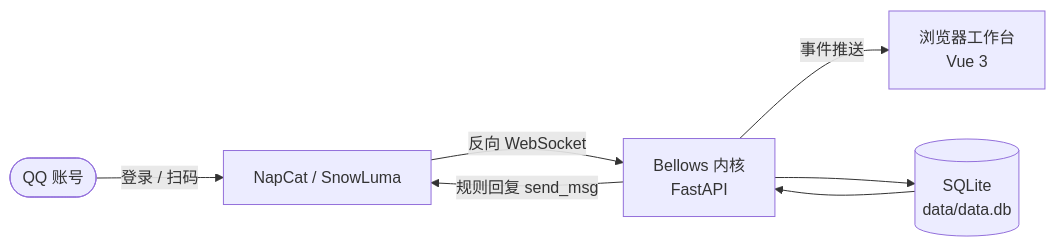
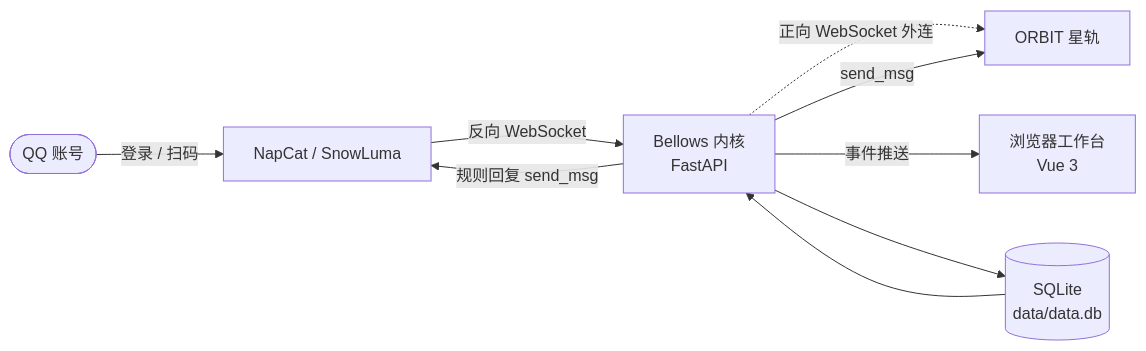
The diagram in README.md (Kei7295/Bellows), drawn with Mermaid before and after one commit. The commit also changed other lines of this file and 18 other files, not shown here.

````diff
--- a/README.md
+++ b/README.md
@@ -108,9 +109,11 @@
 ```mermaid
 flowchart LR
   QQ([QQ 账号]) -->|登录 / 扫码| A[NapCat / SnowLuma]
   A -->|反向 WebSocket| C[Bellows 内核<br/>FastAPI]
+  C -.->|正向 WebSocket 外连| O[ORBIT 星轨]
   C -->|事件推送| U[浏览器工作台<br/>Vue 3]
   C -->|规则回复 send_msg| A
+  C -->|send_msg| O
   C --> D[(SQLite<br/>data/data.db)]
   D --> C
 ```
````
